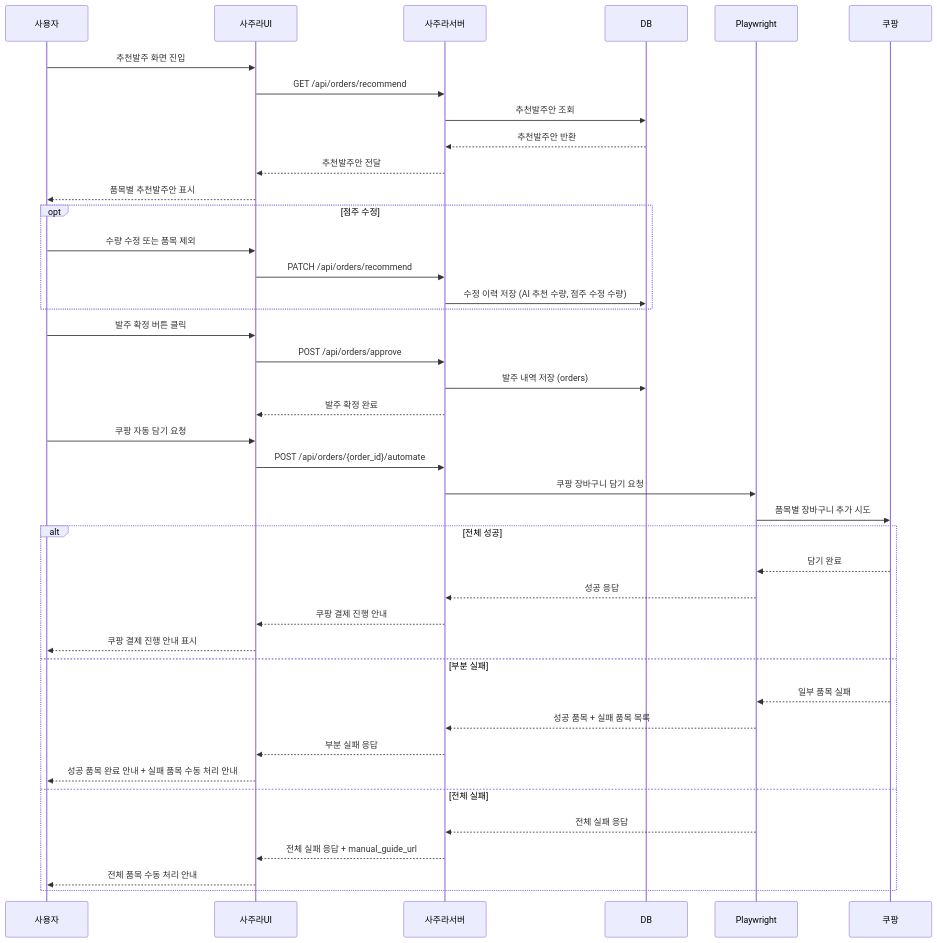
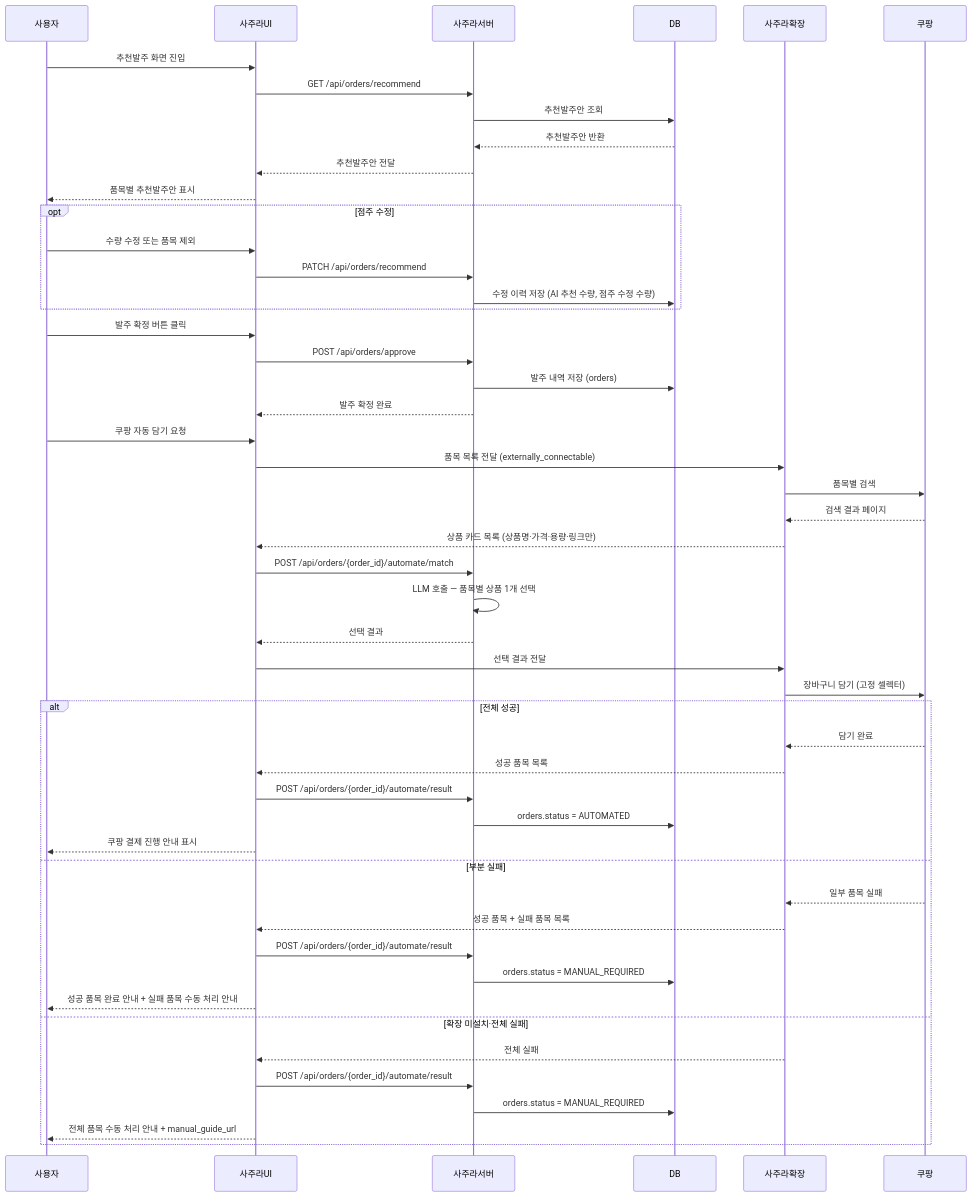
Before and after one commit to h-taek/CapstoneDesign-Sajura: the third of 7 diagrams in docs/spec/06_sequence.md, drawn with Mermaid. The commit also changed other lines of this file and 13 other files, not shown here.

````diff
--- a/docs/spec/06_sequence.md
+++ b/docs/spec/06_sequence.md
@@ -161,48 +162,57 @@
 ```mermaid
 sequenceDiagram
     participant 사용자
     participant 사주라UI
     participant 사주라서버
     participant DB
-    participant Playwright
+    participant 확장 as 사주라확장
     participant 쿠팡
 
     사용자->>사주라UI: 추천발주 화면 진입
     사주라UI->>사주라서버: GET /api/orders/recommend
     사주라서버->>DB: 추천발주안 조회
     DB-->>사주라서버: 추천발주안 반환
     사주라서버-->>사주라UI: 추천발주안 전달
     사주라UI-->>사용자: 품목별 추천발주안 표시
 
     opt 점주 수정
         사용자->>사주라UI: 수량 수정 또는 품목 제외
         사주라UI->>사주라서버: PATCH /api/orders/recommend
         사주라서버->>DB: 수정 이력 저장 (AI 추천 수량, 점주 수정 수량)
     end
 
     사용자->>사주라UI: 발주 확정 버튼 클릭
     사주라UI->>사주라서버: POST /api/orders/approve
     사주라서버->>DB: 발주 내역 저장 (orders)
     사주라서버-->>사주라UI: 발주 확정 완료
 
     사용자->>사주라UI: 쿠팡 자동 담기 요청
-    사주라UI->>사주라서버: POST /api/orders/{order_id}/automate
-    사주라서버->>Playwright: 쿠팡 장바구니 담기 요청
-    Playwright->>쿠팡: 품목별 장바구니 추가 시도
+    사주라UI->>확장: 품목 목록 전달 (externally_connectable)
+    확장->>쿠팡: 품목별 검색
+    쿠팡-->>확장: 검색 결과 페이지
+    확장-->>사주라UI: 상품 카드 목록 (상품명·가격·용량·링크만)
+    사주라UI->>사주라서버: POST /api/orders/{order_id}/automate/match
+    사주라서버->>사주라서버: LLM 호출 — 품목별 상품 1개 선택
+    사주라서버-->>사주라UI: 선택 결과
+    사주라UI->>확장: 선택 결과 전달
+    확장->>쿠팡: 장바구니 담기 (고정 셀렉터)
 
     alt 전체 성공
-        쿠팡-->>Playwright: 담기 완료
-        Playwright-->>사주라서버: 성공 응답
-        사주라서버-->>사주라UI: 쿠팡 결제 진행 안내
+        쿠팡-->>확장: 담기 완료
+        확장-->>사주라UI: 성공 품목 목록
+        사주라UI->>사주라서버: POST /api/orders/{order_id}/automate/result
+        사주라서버->>DB: orders.status = AUTOMATED
         사주라UI-->>사용자: 쿠팡 결제 진행 안내 표시
     else 부분 실패
-        쿠팡-->>Playwright: 일부 품목 실패
-        Playwright-->>사주라서버: 성공 품목 + 실패 품목 목록
-        사주라서버-->>사주라UI: 부분 실패 응답
+        쿠팡-->>확장: 일부 품목 실패
+        확장-->>사주라UI: 성공 품목 + 실패 품목 목록
+        사주라UI->>사주라서버: POST /api/orders/{order_id}/automate/result
+        사주라서버->>DB: orders.status = MANUAL_REQUIRED
         사주라UI-->>사용자: 성공 품목 완료 안내 + 실패 품목 수동 처리 안내
-    else 전체 실패
-        Playwright-->>사주라서버: 전체 실패 응답
-        사주라서버-->>사주라UI: 전체 실패 응답 + manual_guide_url
-        사주라UI-->>사용자: 전체 품목 수동 처리 안내
+    else 확장 미설치·전체 실패
+        확장-->>사주라UI: 전체 실패
+        사주라UI->>사주라서버: POST /api/orders/{order_id}/automate/result
+        사주라서버->>DB: orders.status = MANUAL_REQUIRED
+        사주라UI-->>사용자: 전체 품목 수동 처리 안내 + manual_guide_url
     end
 ```
````
